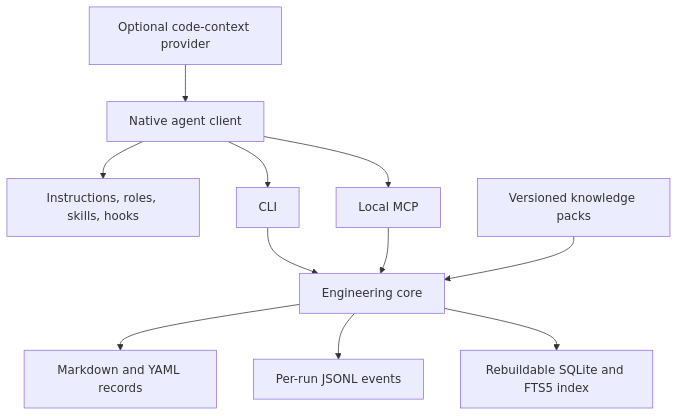
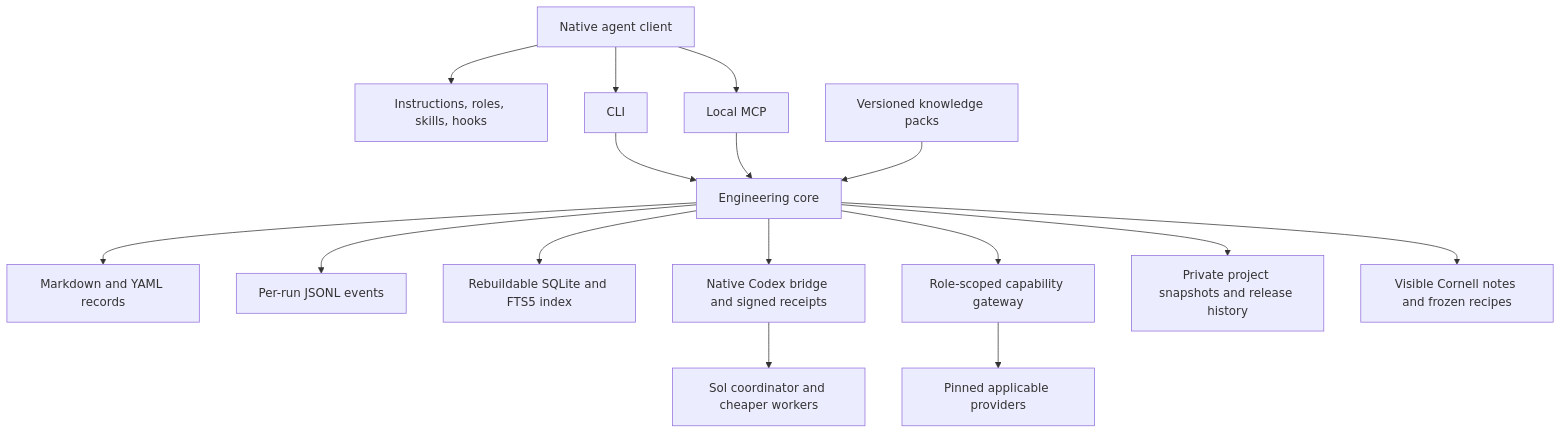
The diagram in docs/architecture.md (NeoTech-vietnam/NeoMindv1), drawn with Mermaid before and after one commit. The commit also changed other lines of this file and 78 other files, not shown here.

Commit message:
Implement alpha.3 native routing, project archives and practical knowledge

````diff
--- a/docs/architecture.md
+++ b/docs/architecture.md
@@ -9,13 +9,18 @@
 ```mermaid
 flowchart TD
     Client[Native agent client] --> Adapter[Instructions, roles, skills, hooks]
     Client --> CLI[CLI]
     Client --> MCP[Local MCP]
     CLI --> Core[Engineering core]
     MCP --> Core
     Core --> Records[Markdown and YAML records]
     Core --> Events[Per-run JSONL events]
     Core --> Index[Rebuildable SQLite and FTS5 index]
     Packs[Versioned knowledge packs] --> Core
-    Graph[Optional code-context provider] --> Client
+    Core --> Bridge[Native Codex bridge and signed receipts]
+    Bridge --> Threads[Sol coordinator and cheaper workers]
+    Core --> Gateway[Role-scoped capability gateway]
+    Gateway --> Providers[Pinned applicable providers]
+    Core --> Archive[Private project snapshots and release history]
+    Core --> Notes[Visible Cornell notes and frozen recipes]
 ```
````
